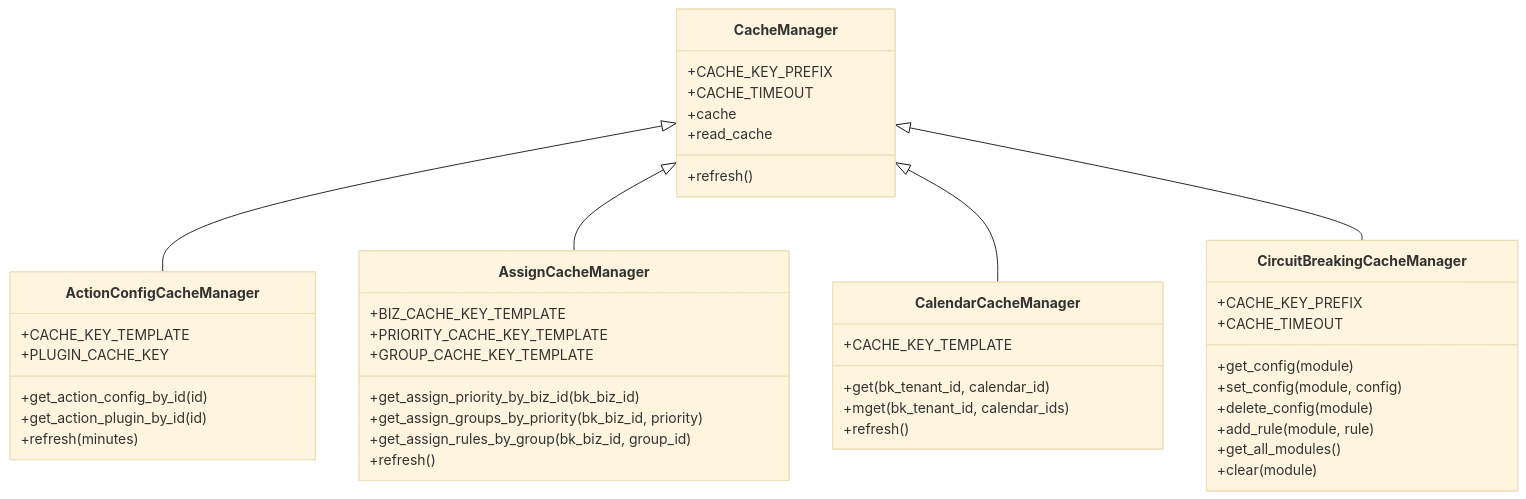
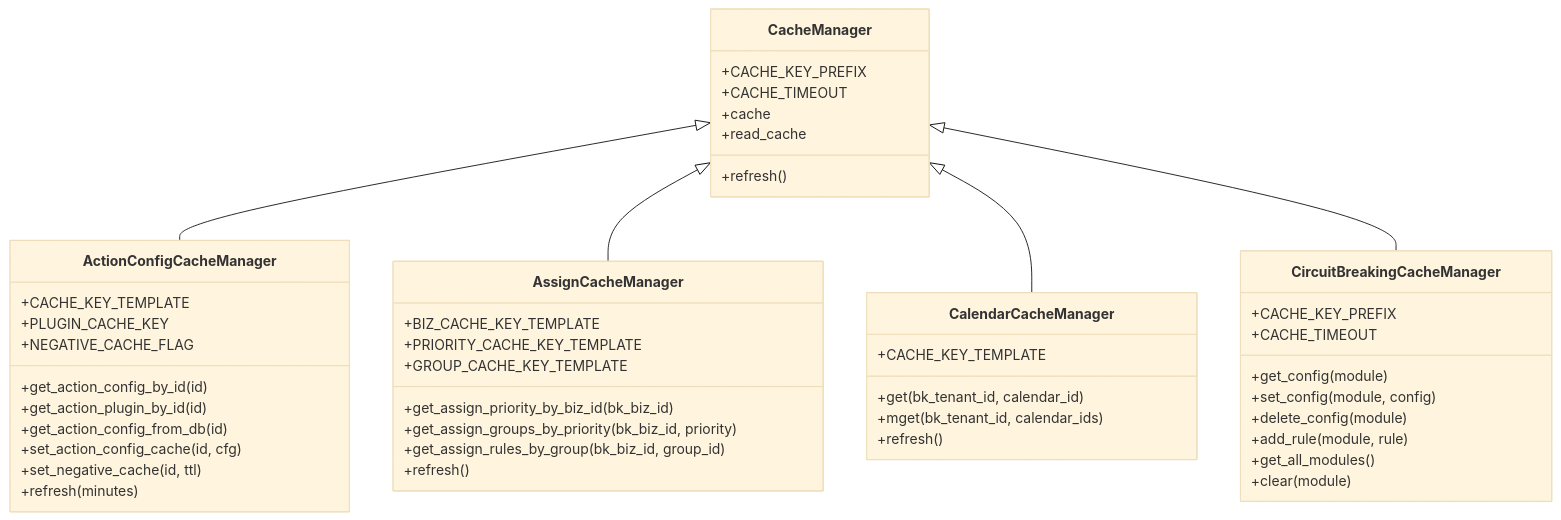
Before and after one commit to HACK-WU/bk-monitor-wiki: the second of 5 diagrams in wiki/告警系统设计/告警引擎核心/缓存系统.md, drawn with Mermaid (base theme). The commit also changed other lines of this file and 70 other files, not shown here.

````diff
--- a/wiki/告警系统设计/告警引擎核心/缓存系统.md
+++ b/wiki/告警系统设计/告警引擎核心/缓存系统.md
@@ -109,46 +109,50 @@
 ```mermaid
 classDiagram
 class CacheManager {
 +CACHE_KEY_PREFIX
 +CACHE_TIMEOUT
 +cache
 +refresh()
 +read_cache
 }
 class ActionConfigCacheManager {
 +CACHE_KEY_TEMPLATE
 +PLUGIN_CACHE_KEY
++NEGATIVE_CACHE_FLAG
 +get_action_config_by_id(id)
 +get_action_plugin_by_id(id)
++get_action_config_from_db(id)
++set_action_config_cache(id, cfg)
++set_negative_cache(id, ttl)
 +refresh(minutes)
 }
 class AssignCacheManager {
 +BIZ_CACHE_KEY_TEMPLATE
 +PRIORITY_CACHE_KEY_TEMPLATE
 +GROUP_CACHE_KEY_TEMPLATE
 +get_assign_priority_by_biz_id(bk_biz_id)
 +get_assign_groups_by_priority(bk_biz_id, priority)
 +get_assign_rules_by_group(bk_biz_id, group_id)
 +refresh()
 }
 class CalendarCacheManager {
 +CACHE_KEY_TEMPLATE
 +get(bk_tenant_id, calendar_id)
 +mget(bk_tenant_id, calendar_ids)
 +refresh()
 }
 class CircuitBreakingCacheManager {
 +CACHE_KEY_PREFIX
 +CACHE_TIMEOUT
 +get_config(module)
 +set_config(module, config)
 +delete_config(module)
 +add_rule(module, rule)
 +get_all_modules()
 +clear(module)
 }
 CacheManager <|-- ActionConfigCacheManager
 CacheManager <|-- AssignCacheManager
 CacheManager <|-- CalendarCacheManager
 CacheManager <|-- CircuitBreakingCacheManager
 ```
````
